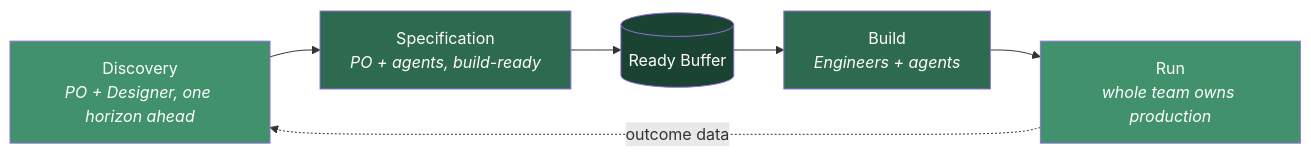
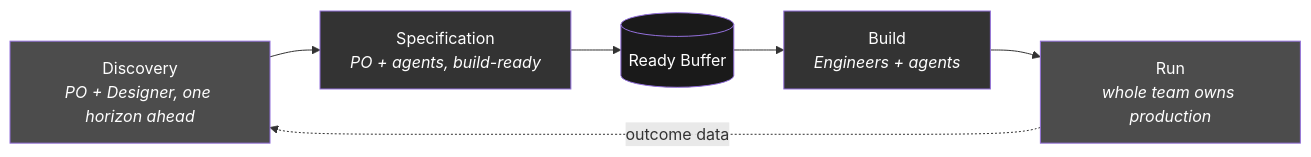
The second of 2 diagrams in docs/model-at-a-glance.md (RED-Internal-Development/delivery-operating-model), drawn with Mermaid before and after one commit. The commit also changed other lines of this file and 1 other file, not shown here.

Commit message:
style(diagrams): recolor executive-summary and model-at-a-glance to Audi RED brand

````diff
--- a/docs/model-at-a-glance.md
+++ b/docs/model-at-a-glance.md
@@ -68,14 +68,14 @@
 ```mermaid
 flowchart LR
     D["Discovery<br/><i>PO + Designer, one horizon ahead</i>"] --> S["Specification<br/><i>PO + agents, build-ready</i>"]
     S --> RB[(Ready Buffer)]
     RB --> B["Build<br/><i>Engineers + agents</i>"]
     B --> R["Run<br/><i>whole team owns production</i>"]
     R -. "outcome data" .-> D
 
-    style D fill:#40916c,color:#fff
-    style S fill:#2d6a4f,color:#fff
-    style RB fill:#1b4332,color:#fff
-    style B fill:#2d6a4f,color:#fff
-    style R fill:#40916c,color:#fff
+    style D fill:#4C4C4C,color:#fff
+    style S fill:#333333,color:#fff
+    style RB fill:#1A1A1A,color:#fff
+    style B fill:#333333,color:#fff
+    style R fill:#4C4C4C,color:#fff
 ```
````
